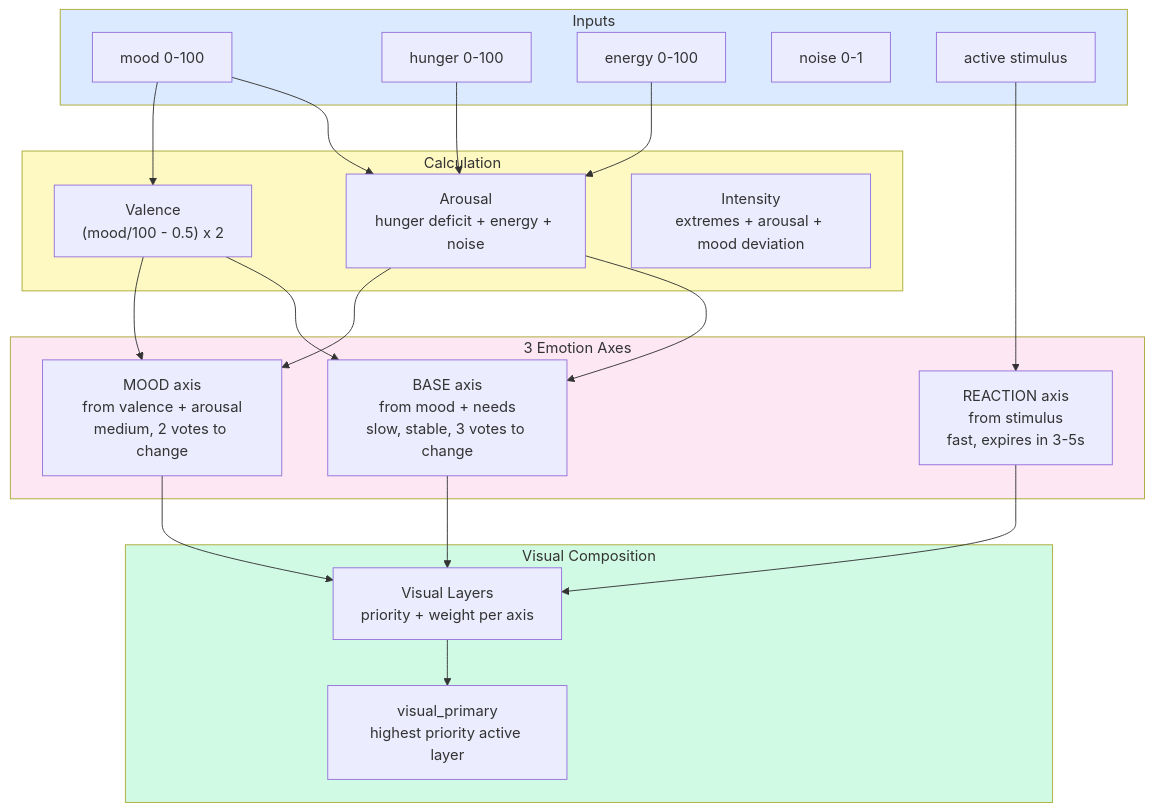
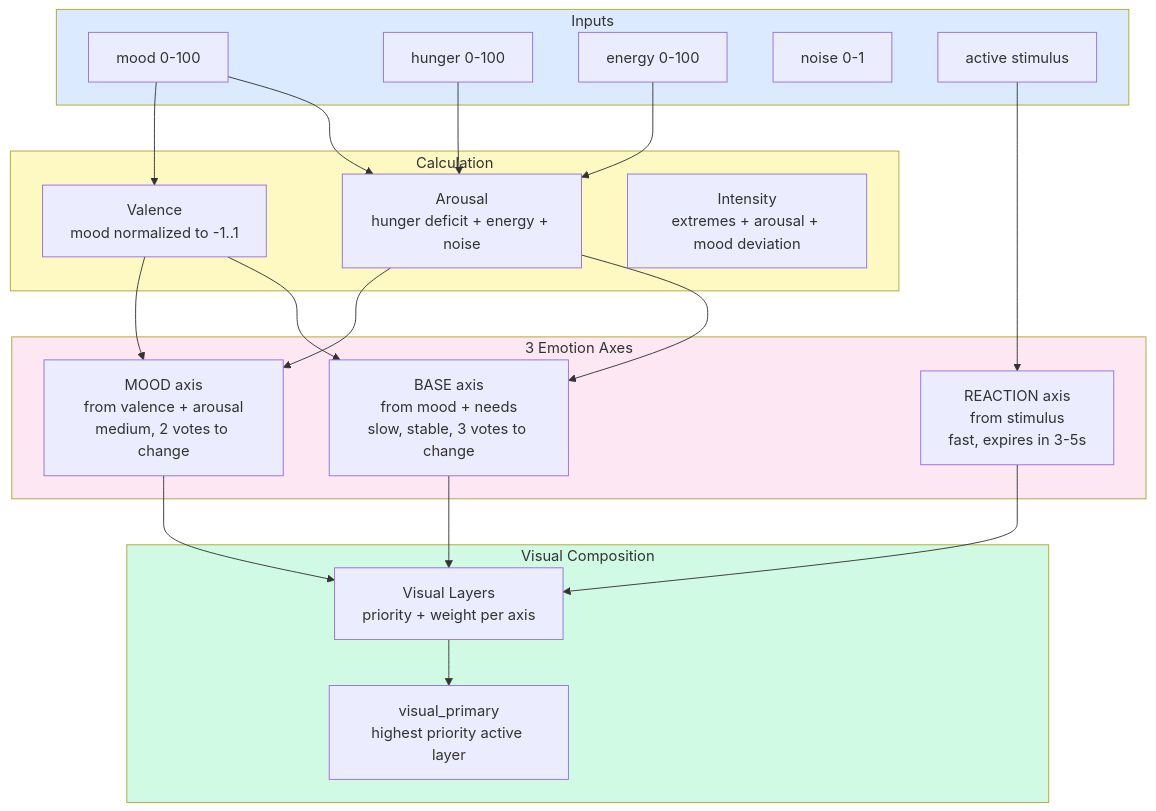
Before and after one commit to tantaneity/cat-brain-service: the third of 6 diagrams in README.md, drawn with Mermaid. The commit also changed other lines of this file, not shown here.

Commit message:
docs(readme): update architecture diagrams to match actual codebase

````diff
--- a/README.md
+++ b/README.md
@@ -138,39 +138,39 @@
 ```mermaid
 graph TD
     subgraph Inputs
-        MOOD[mood 0-100]
-        HUNGER[hunger 0-100]
-        ENERGY[energy 0-100]
-        NOISE[noise 0-1]
-        STIMULUS[active stimulus]
+        MOOD["mood 0-100"]
+        HUNGER["hunger 0-100"]
+        ENERGY["energy 0-100"]
+        NOISE["noise 0-1"]
+        STIMULUS["active stimulus"]
     end
 
     subgraph Calculation
-        AROUSAL[Arousal<br/>hunger deficit + energy + noise]
-        VALENCE["Valence<br/>(mood/100 - 0.5) x 2"]
-        INTENSITY[Intensity<br/>extremes + arousal + mood deviation]
+        AROUSAL["Arousal<br/>hunger deficit + energy + noise"]
+        VALENCE["Valence<br/>mood normalized to -1..1"]
+        INTENSITY["Intensity<br/>extremes + arousal + mood deviation"]
     end
 
     subgraph ThreeAxes["3 Emotion Axes"]
-        BASE[BASE axis<br/>from mood + needs<br/>slow, stable, 3 votes to change]
-        MOOD_AX[MOOD axis<br/>from valence + arousal<br/>medium, 2 votes to change]
-        REACT[REACTION axis<br/>from stimulus<br/>fast, expires in 3-5s]
+        BASE["BASE axis<br/>from mood + needs<br/>slow, stable, 3 votes to change"]
+        MOOD_AX["MOOD axis<br/>from valence + arousal<br/>medium, 2 votes to change"]
+        REACT["REACTION axis<br/>from stimulus<br/>fast, expires in 3-5s"]
     end
 
     subgraph Compose["Visual Composition"]
-        LAYERS[Visual Layers<br/>priority + weight per axis]
-        PRIMARY[visual_primary<br/>highest priority active layer]
+        LAYERS["Visual Layers<br/>priority + weight per axis"]
+        PRIMARY["visual_primary<br/>highest priority active layer"]
     end
 
     MOOD & HUNGER & ENERGY --> AROUSAL
     MOOD --> VALENCE
     AROUSAL & VALENCE --> BASE & MOOD_AX
     STIMULUS --> REACT
 
     BASE & MOOD_AX & REACT --> LAYERS --> PRIMARY
 
     style Inputs fill:#dbeafe
     style Calculation fill:#fef9c3
     style ThreeAxes fill:#fce7f3
     style Compose fill:#d1fae5
 ```
````
